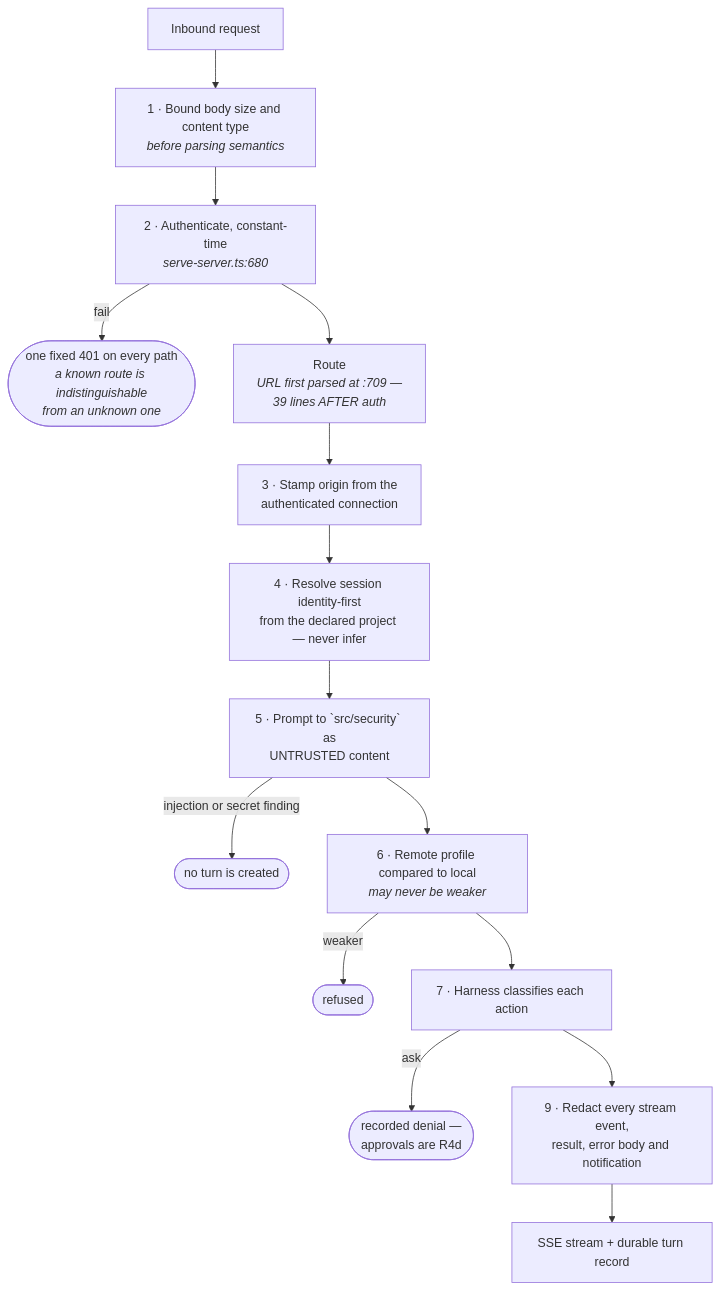
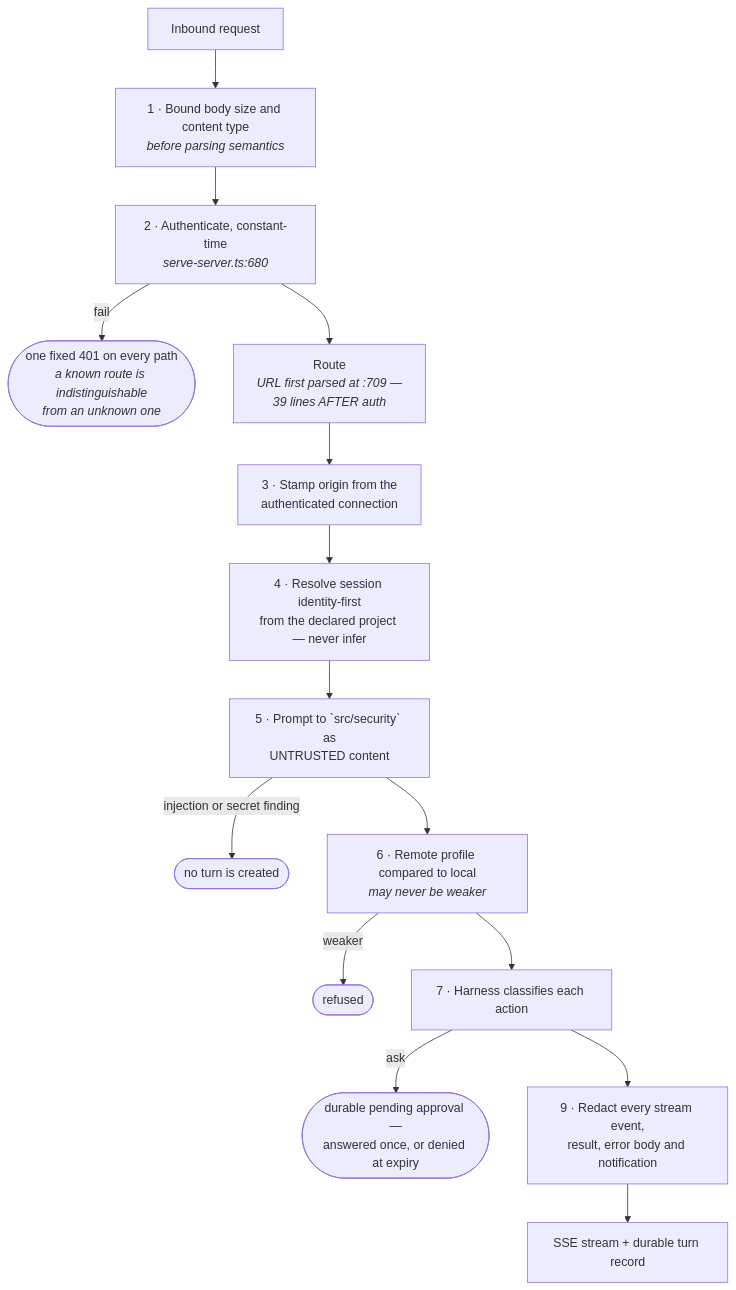
The third of 6 diagrams in docs/docs/architecture.md (MrCipherSmith/keryx), drawn with Mermaid before and after one commit. The commit also changed 52 other files, not shown here.

Commit message:
feat(serve): remote approvals over keryx serve — durable store, GET/POST /v1/approvals, keryx approvals, /approvals modal (0.3.39)

````diff
--- a/docs/docs/architecture.md
+++ b/docs/docs/architecture.md
@@ -347,17 +347,17 @@
 ```mermaid
 flowchart TB
   REQ["Inbound request"] --> B1["1 · Bound body size and content type<br/><i>before parsing semantics</i>"]
   B1 --> B2["2 · Authenticate, constant-time<br/><i>serve-server.ts:680</i>"]
   B2 -->|"fail"| F1(["one fixed 401 on every path<br/><i>a known route is indistinguishable<br/>from an unknown one</i>"])
   B2 --> RT["Route<br/><i>URL first parsed at :709 —<br/>39 lines AFTER auth</i>"]
   RT --> B3["3 · Stamp origin from the<br/>authenticated connection"]
   B3 --> B4["4 · Resolve session identity-first<br/>from the declared project — never infer"]
   B4 --> B5["5 · Prompt to `src/security` as<br/>UNTRUSTED content"]
   B5 -->|"injection or secret finding"| F2(["no turn is created"])
   B5 --> B6["6 · Remote profile compared to local<br/><i>may never be weaker</i>"]
   B6 -->|"weaker"| F3(["refused"])
   B6 --> B7["7 · Harness classifies each action"]
-  B7 -->|"ask"| F4(["recorded denial —<br/>approvals are R4d"])
+  B7 -->|"ask"| F4(["durable pending approval —<br/>answered once, or denied at expiry"])
   B7 --> B9["9 · Redact every stream event,<br/>result, error body and notification"]
   B9 --> OUT["SSE stream + durable turn record"]
 ```
````
